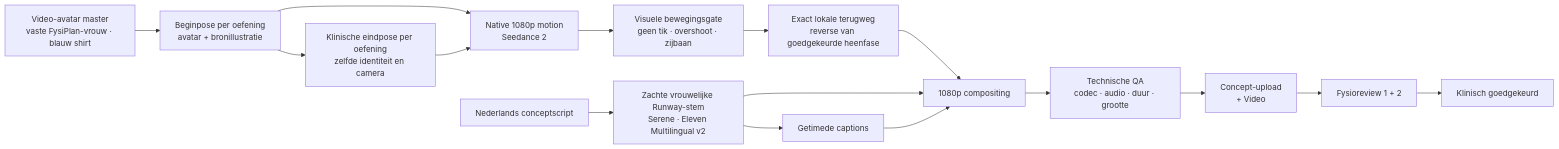
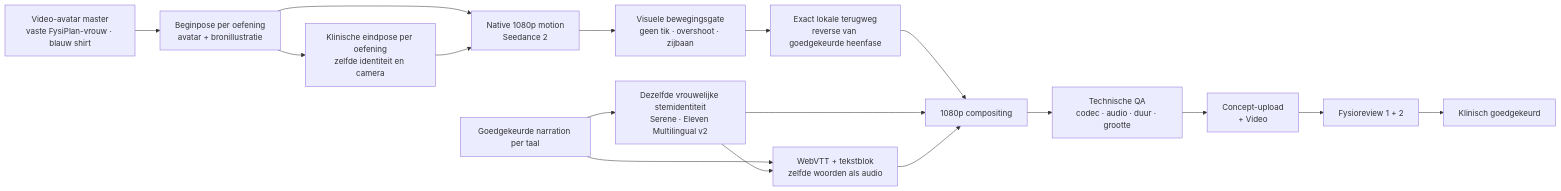
Before and after one commit to cartonn/Fysiplan: the second of 2 diagrams in docs/video-contentfabriek.md, drawn with Mermaid. The commit also changed other lines of this file and 6 other files, not shown here.

````diff
--- a/docs/video-contentfabriek.md
+++ b/docs/video-contentfabriek.md
@@ -96,18 +102,19 @@
 ```mermaid
 flowchart LR
   A["Video-avatar master\nvaste FysiPlan-vrouw · blauw shirt"] --> P["Beginpose per oefening\navatar + bronillustratie"]
   P --> E["Klinische eindpose per oefening\nzelfde identiteit en camera"]
   P --> M["Native 1080p motion\nSeedance 2"]
   E --> M
-  S["Nederlands conceptscript"] --> V["Zachte vrouwelijke Runway-stem\nSerene · Eleven Multilingual v2"]
-  V --> C["Getimede captions"]
+  S["Goedgekeurde narration per taal"] --> V["Dezelfde vrouwelijke stemidentiteit\nSerene · Eleven Multilingual v2"]
+  S --> C["WebVTT + tekstblok\nzelfde woorden als audio"]
+  V --> C
   M --> K["Visuele bewegingsgate\ngeen tik · overshoot · zijbaan"]
   K --> Y["Exact lokale terugweg\nreverse van goedgekeurde heenfase"]
   Y --> F["1080p compositing"]
   V --> F
   C --> F
   F --> Q["Technische QA\ncodec · audio · duur · grootte"]
   Q --> U["Concept-upload\n+ Video"]
   U --> R["Fysioreview 1 + 2"]
   R --> G["Klinisch goedgekeurd"]
 ```
````
